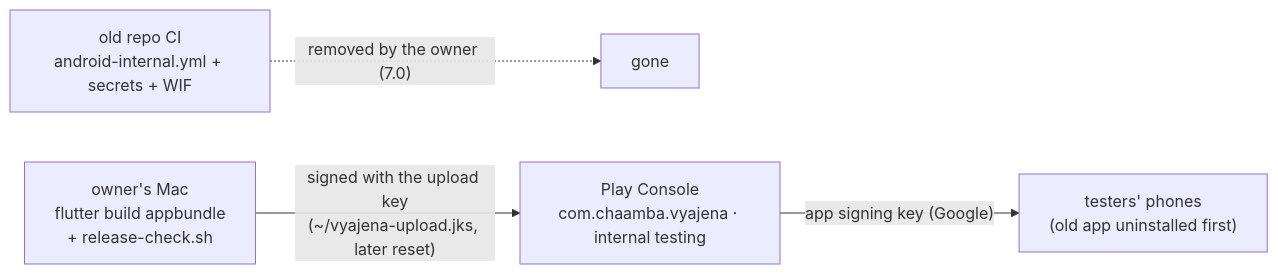
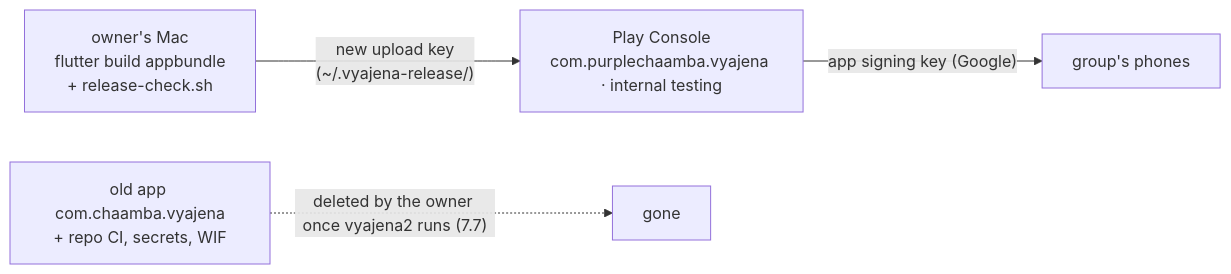
One commit to koppathachan/vyajena changed the third of 3 diagrams in openspec/changes/app-release/design.md. Above: the diagram before and after it, drawn with Mermaid. The commit also changed other lines of this file and 2 other files, not shown here.

Commit message:
openspec: app-release records the owner's answers R1-R12 (new Play app, വ icon, keys, URLs)

````diff
--- a/openspec/changes/app-release/design.md
+++ b/openspec/changes/app-release/design.md
@@ -326,6 +317,6 @@
 ```mermaid
 flowchart LR
-  old["old repo CI<br/>android-internal.yml + secrets + WIF"] -. "removed by the owner (7.0)" .-> x["gone"]
-  mac["owner's Mac<br/>flutter build appbundle<br/>+ release-check.sh"] -->|"signed with the upload key<br/>(~/vyajena-upload.jks, later reset)"| play["Play Console<br/>com.chaamba.vyajena · internal testing"]
-  play -->|"app signing key (Google)"| phones["testers' phones<br/>(old app uninstalled first)"]
+  mac["owner's Mac<br/>flutter build appbundle<br/>+ release-check.sh"] -->|"new upload key<br/>(~/.vyajena-release/)"| play["Play Console<br/>com.purplechaamba.vyajena · internal testing"]
+  play -->|"app signing key (Google)"| phones["group's phones"]
+  old["old app com.chaamba.vyajena<br/>+ repo CI, secrets, WIF"] -. "deleted by the owner once vyajena2 runs (7.7)" .-> x["gone"]
 ```
````
